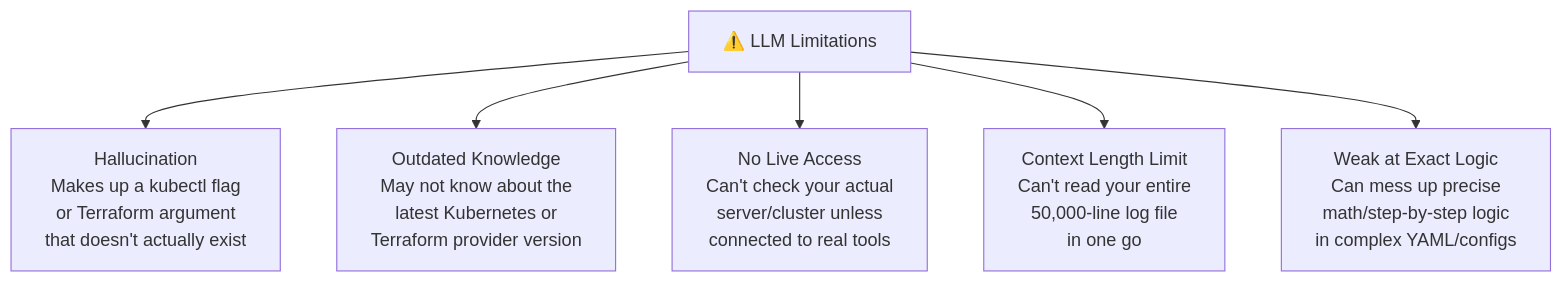
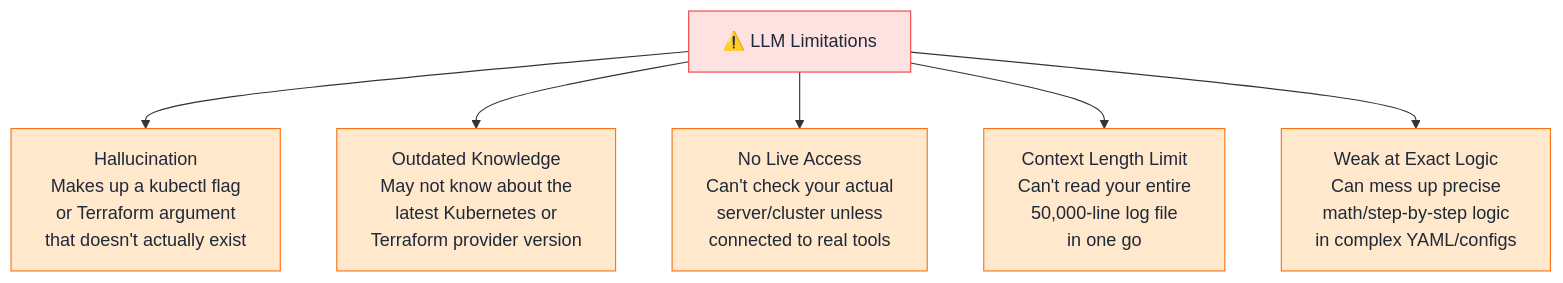
The sixth of 7 diagrams in Week 1 — LLM & GenAI Foundations/Day 1 — AI ML GenAI Basics.md (saghosh8/AI-For-DevOps), drawn with Mermaid before and after one commit. The commit also changed other lines of this file, not shown here.

````diff
--- a/Week 1 — LLM & GenAI Foundations/Day 1 — AI ML GenAI Basics.md
+++ b/Week 1 — LLM & GenAI Foundations/Day 1 — AI ML GenAI Basics.md
@@ -118,8 +179,21 @@
 ```mermaid
 flowchart TD
     L["⚠️ LLM Limitations"] --> A["Hallucination\nMakes up a kubectl flag\nor Terraform argument\nthat doesn't actually exist"]
     L --> B["Outdated Knowledge\nMay not know about the\nlatest Kubernetes or\nTerraform provider version"]
     L --> C["No Live Access\nCan't check your actual\nserver/cluster unless\nconnected to real tools"]
     L --> D["Context Length Limit\nCan't read your entire\n50,000-line log file\nin one go"]
     L --> E["Weak at Exact Logic\nCan mess up precise\nmath/step-by-step logic\nin complex YAML/configs"]
+
+    classDef purple fill:#EDE9FE,stroke:#8B5CF6,color:#1F2937
+    classDef orange fill:#FFE8CC,stroke:#F97316,color:#1F2937
+    classDef green fill:#D1FAE5,stroke:#10B981,color:#1F2937
+    classDef blue fill:#DBEAFE,stroke:#3B82F6,color:#1F2937
+    classDef red fill:#FEE2E2,stroke:#EF4444,color:#1F2937
+
+    class L red
+    class A orange
+    class B orange
+    class C orange
+    class D orange
+    class E orange
 ```
````
